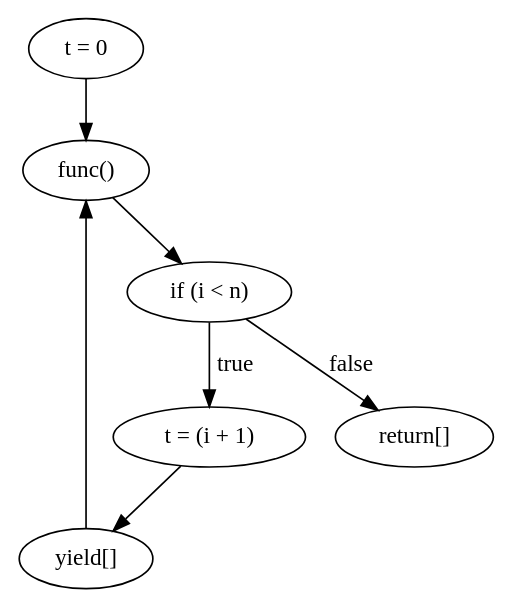
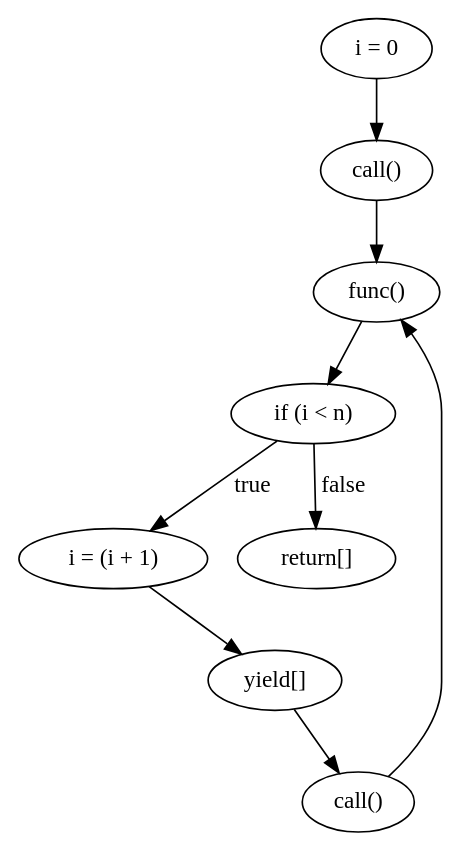
Before and after one commit to WorldofKerry/ToHDL: the diagram in make_ssa.dot, drawn with Graphviz. The commit also changed 2 other files, not shown here.

```diff
--- a/make_ssa.dot
+++ b/make_ssa.dot
@@ -1,14 +1,18 @@
 digraph {
-    0 [ label = "t = 0" ]
+    0 [ label = "i = 0" ]
     1 [ label = "if (i < n)" ]
-    2 [ label = "t = (i + 1)" ]
+    2 [ label = "i = (i + 1)" ]
     3 [ label = "yield[]" ]
     4 [ label = "return[]" ]
     5 [ label = "func()" ]
-    3 -> 5 [ label = "" ]
+    6 [ label = "call()" ]
+    7 [ label = "call()" ]
+    6 -> 5 [ label = "" ]
     1 -> 2 [ label = "true" ]
     2 -> 3 [ label = "" ]
     5 -> 1 [ label = "" ]
     1 -> 4 [ label = "false" ]
-    0 -> 5 [ label = "" ]
+    0 -> 6 [ label = "" ]
+    3 -> 7 [ label = "" ]
+    7 -> 5 [ label = "" ]
 }
```
